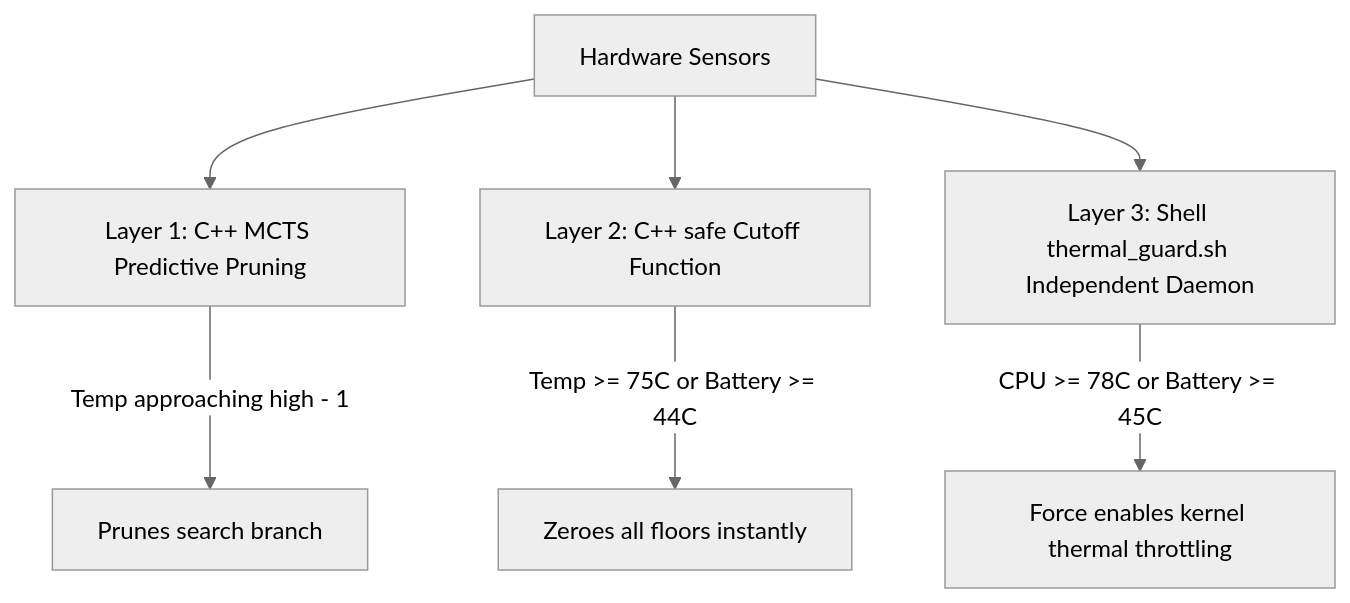
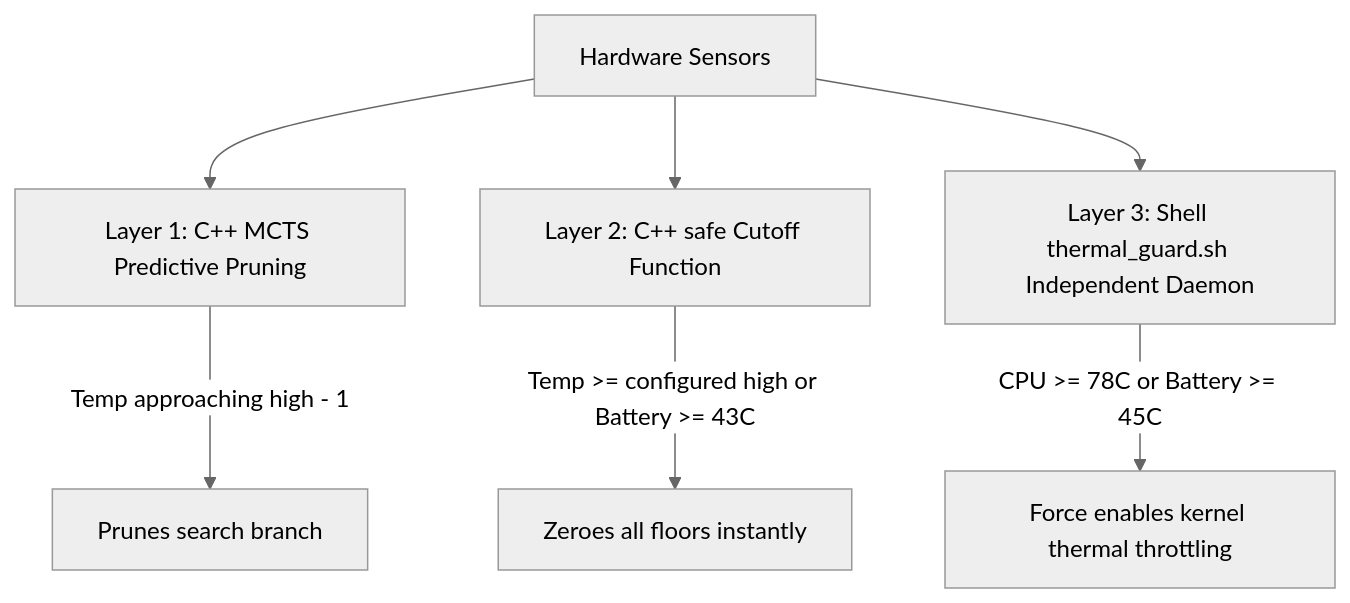
The diagram in docs/HOW_IT_WORKS.md (OrkGabb/PUCTuner), drawn with Mermaid (neutral theme) before and after one commit. The commit also changed other lines of this file and 41 other files, not shown here.

````diff
--- a/docs/HOW_IT_WORKS.md
+++ b/docs/HOW_IT_WORKS.md
@@ -201,9 +232,9 @@
 ```mermaid
 flowchart TD
     A[Hardware Sensors] --> B[Layer 1: C++ MCTS Predictive Pruning]
     A --> C[Layer 2: C++ safe Cutoff Function]
     A --> D[Layer 3: Shell thermal_guard.sh Independent Daemon]
     B -->|Temp approaching high - 1| E[Prunes search branch]
-    C -->|Temp >= 75C or Battery >= 44C| F[Zeroes all floors instantly]
+    C -->|Temp >= configured high or Battery >= 43C| F[Zeroes all floors instantly]
     D -->|CPU >= 78C or Battery >= 45C| G[Force enables kernel thermal throttling]
 ```
````
